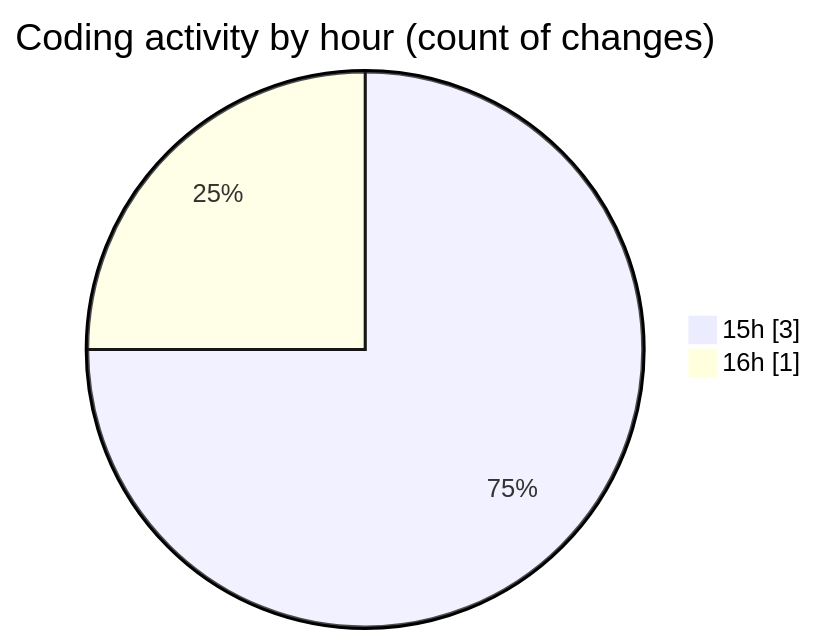
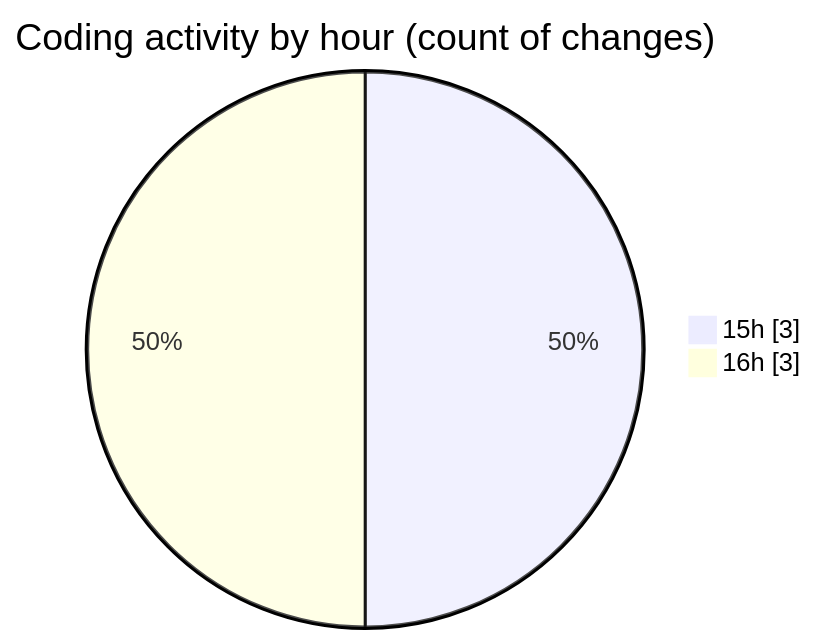
One commit to vahidmafi/code-tracking changed the second of 2 diagrams in 2025-06-27/horizon/README.md. Above: the diagram before and after it, drawn with Mermaid. The commit also changed other lines of this file and 1 other file, not shown here.

````diff
--- a/2025-06-27/horizon/README.md
+++ b/2025-06-27/horizon/README.md
@@ -29,6 +29,6 @@
 ```mermaid
 pie showData
 title Coding activity by hour (count of changes)
 "15h" : 3
-"16h" : 1
+"16h" : 3
 ```
````
